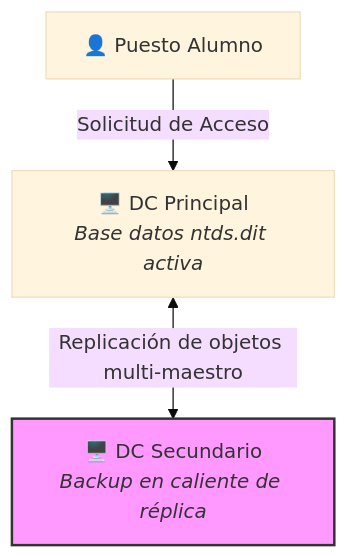
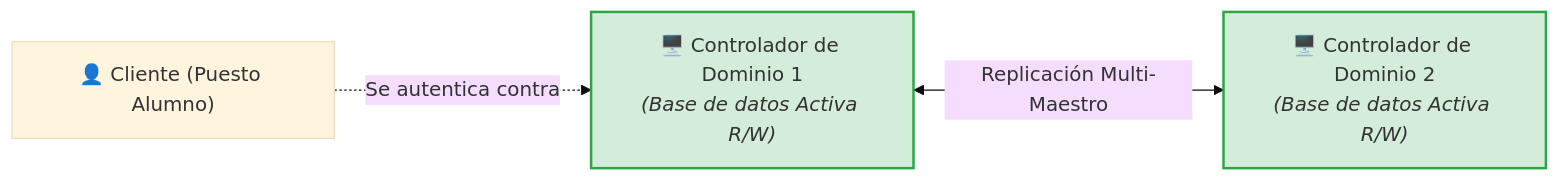
One commit to joseramonIESMZ/ASO changed the third of 3 diagrams in docs/apuntes/active-directory/fundamentos-ad-core.md. Above: the diagram before and after it, drawn with Mermaid (base theme). The commit also changed other lines of this file and 4 other files, not shown here.

````diff
--- a/docs/apuntes/active-directory/fundamentos-ad-core.md
+++ b/docs/apuntes/active-directory/fundamentos-ad-core.md
@@ -126,8 +262,9 @@
 ```mermaid
-graph TD
-    User["👤 Puesto Alumno"] -->|"Solicitud de Acceso"| DC_Principal["🖥️ DC Principal<br/><i>Base datos ntds.dit activa</i>"]
-
-    DC_Principal <-->|"Replicación de objetos multi-maestro"| DC_Backup["🖥️ DC Secundario<br/><i>Backup en caliente de réplica</i>"]
-
-    style DC_Backup fill:#f9f,stroke:#333,stroke-width:2px
+graph LR
+    User["👤 Cliente (Puesto Alumno)"] -.->|"Se autentica contra"| DC1
+    
+    DC1["🖥️ Controlador de Dominio 1<br/><i>(Base de datos Activa R/W)</i>"] <-->|"Replicación Multi-Maestro"| DC2["🖥️ Controlador de Dominio 2<br/><i>(Base de datos Activa R/W)</i>"]
+    
+    style DC1 fill:#d4edda,stroke:#28a745,stroke-width:2px,color:#333
+    style DC2 fill:#d4edda,stroke:#28a745,stroke-width:2px,color:#333
 ```
````
